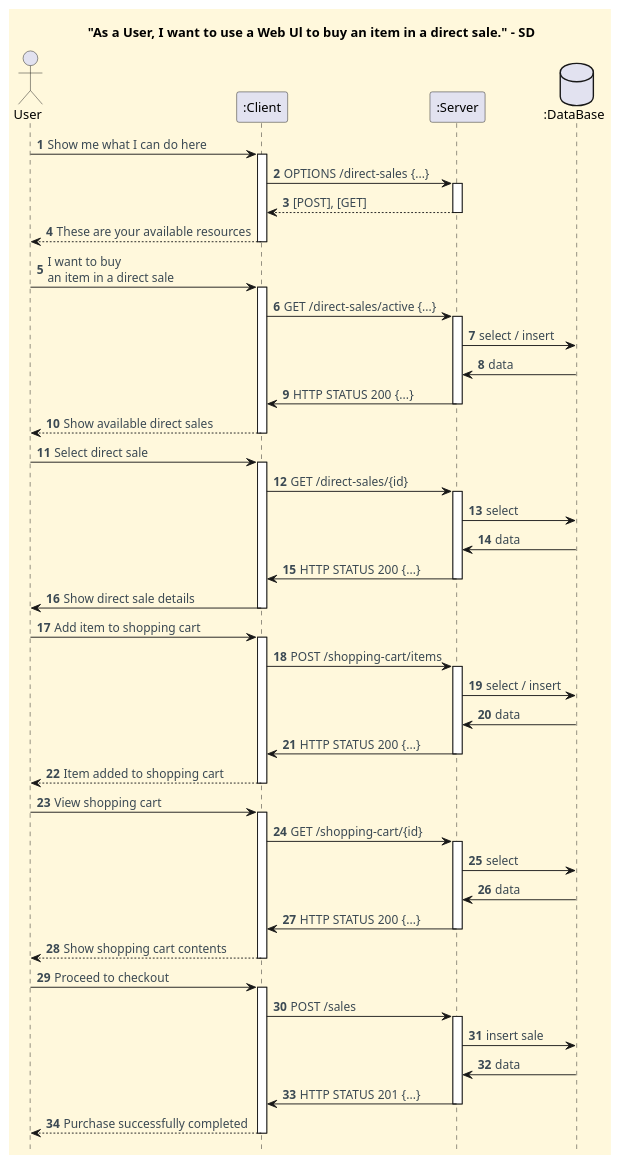
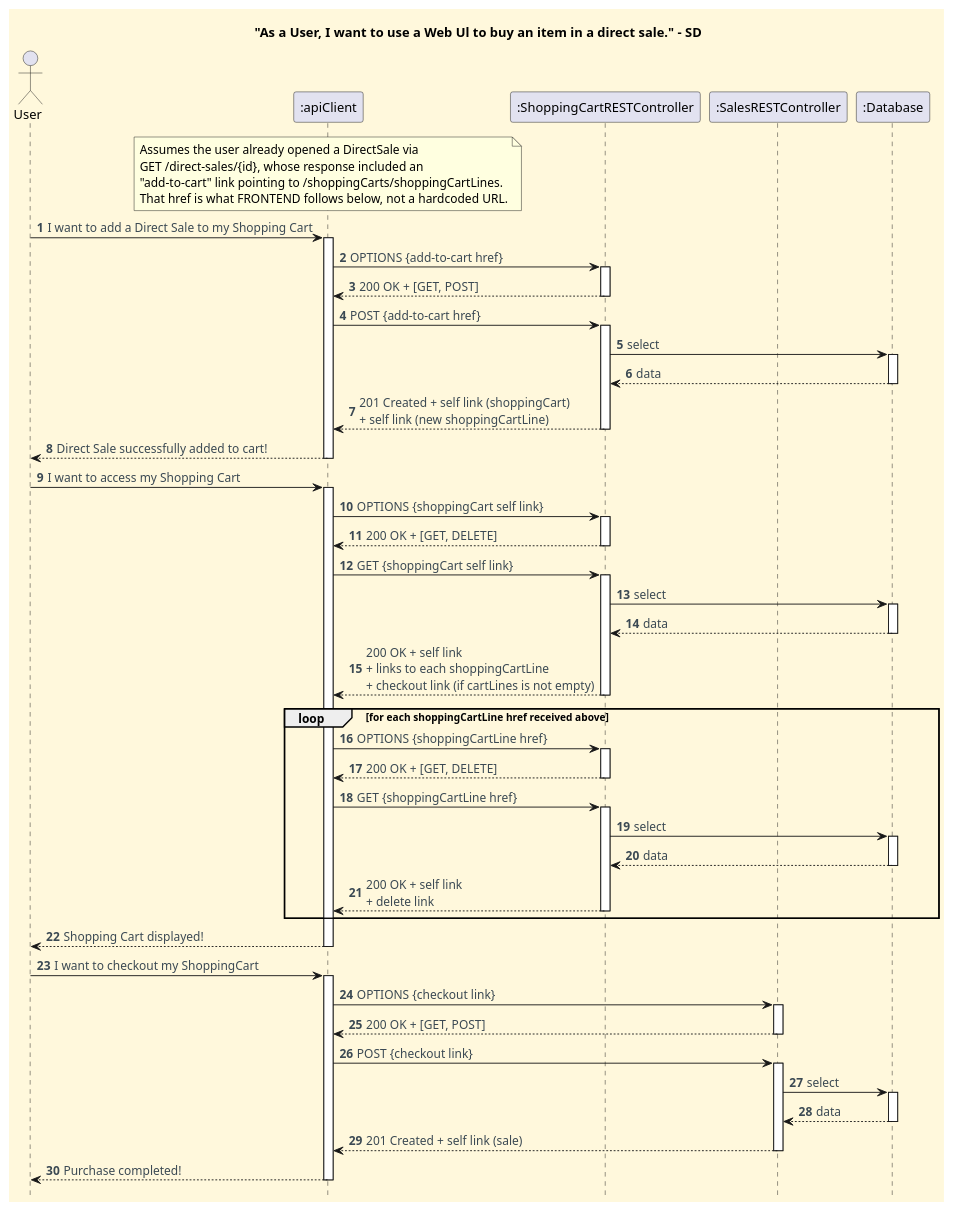
One commit to CarolinaLeite-collab/JavaMarketplacePlatform changed the diagram in docs/client-server-diagrams/buy-item-on-direct-sale/Process_View_SD.puml. Above: the diagram before and after it, drawn with PlantUML.

Commit message:
fix: updated process view level 2 diagram for buy an item on direct sale functionality, refs #1121

```diff
--- a/docs/client-server-diagrams/buy-item-on-direct-sale/Process_View_SD.puml
+++ b/docs/client-server-diagrams/buy-item-on-direct-sale/Process_View_SD.puml
@@ -1,97 +1,123 @@
 @startuml
+
 '==== Title ====
 title "As a User, I want to use a Web Ul to buy an item in a direct sale." - SD
 
 '==== basic style ====
 skinparam monochrome false
 skinparam shadowing false
 skinparam defaultFontName Futura
 skinparam objectFontSize 20
 skinparam backgroundColor CornSilk
 skinparam objectBackgroundColor WhiteSmoke
 skinparam noteBackgroundColor #FFFFE0
 skinparam ArrowFontColor #3B4953
 skinparam ActivationBackgroundColor black
 hidefootbox
 autonumber
 
 ' ==== Actor and participants ====
-actor User
-participant ":Client" as CLI
-participant ":Server" as SER
-database ":DataBase" as DB
+actor User as USER
+participant ":apiClient" as FRONTEND
+participant ":ShoppingCartRESTController" as CTL
+participant ":SalesRESTController" as SALESCTL
+participant ":Database" as DB
 
-User -> CLI : Show me what I can do here
-activate CLI
-CLI -> SER : OPTIONS /direct-sales {...}
-activate SER
-SER --> CLI : [POST], [GET]
-deactivate SER
-CLI --> User : These are your available resources
-deactivate CLI
+note over FRONTEND
+  Assumes the user already opened a DirectSale via
+  GET /direct-sales/{id}, whose response included an
+  "add-to-cart" link pointing to /shoppingCarts/shoppingCartLines.
+  That href is what FRONTEND follows below, not a hardcoded URL.
+end note
 
+USER -> FRONTEND : I want to add a Direct Sale to my Shopping Cart
+activate FRONTEND
 
+FRONTEND -> CTL : OPTIONS {add-to-cart href}
+activate CTL
 
-User -> CLI : I want to buy \nan item in a direct sale
-activate CLI
-CLI -> SER : GET /direct-sales/active {...}
-activate SER
-SER -> DB : select / insert
-DB -> SER : data
-SER -> CLI : HTTP STATUS 200 {...}
-deactivate SER
+CTL --> FRONTEND : 200 OK + [GET, POST]
+deactivate CTL
 
-CLI --> User : Show available direct sales
-deactivate CLI
+FRONTEND -> CTL : POST {add-to-cart href}
+activate CTL
 
-User -> CLI : Select direct sale
-activate CLI
+CTL -> DB : select
+activate DB
+DB --> CTL : data
+deactivate DB
 
-CLI -> SER : GET /direct-sales/{id}
-activate SER
-SER -> DB : select
-DB -> SER : data
-SER -> CLI : HTTP STATUS 200 {...}
-deactivate SER
-CLI -> User : Show direct sale details
-deactivate CLI
+CTL --> FRONTEND : 201 Created + self link (shoppingCart) \n+ self link (new shoppingCartLine)
+deactivate CTL
 
-User -> CLI : Add item to shopping cart
-activate CLI
-CLI -> SER : POST /shopping-cart/items
-activate SER
-SER -> DB : select / insert
+FRONTEND --> USER : Direct Sale successfully added to cart!
+deactivate FRONTEND
 
-DB -> SER : data
+USER -> FRONTEND : I want to access my Shopping Cart
+activate FRONTEND
 
-SER -> CLI : HTTP STATUS 200 {...}
-deactivate SER
+FRONTEND -> CTL : OPTIONS {shoppingCart self link}
+activate CTL
 
-CLI --> User : Item added to shopping cart
-deactivate CLI
+CTL --> FRONTEND : 200 OK + [GET, DELETE]
+deactivate CTL
 
-User -> CLI : View shopping cart
-activate CLI
-CLI -> SER : GET /shopping-cart/{id}
-activate SER
-SER -> DB : select
+FRONTEND -> CTL : GET {shoppingCart self link}
+activate CTL
 
-DB -> SER : data
+CTL -> DB : select
+activate DB
+DB --> CTL : data
+deactivate DB
 
-SER -> CLI : HTTP STATUS 200 {...}
-deactivate SER
-CLI --> User : Show shopping cart contents
-deactivate CLI
-User -> CLI : Proceed to checkout
-activate CLI
-CLI -> SER : POST /sales
-activate SER
-SER -> DB : insert sale
-DB -> SER : data
+CTL --> FRONTEND : 200 OK + self link \n+ links to each shoppingCartLine \n+ checkout link (if cartLines is not empty)
+deactivate CTL
 
-SER -> CLI : HTTP STATUS 201 {...}
-deactivate SER
-CLI --> User : Purchase successfully completed
-deactivate CLI
+loop for each shoppingCartLine href received above
+
+FRONTEND -> CTL : OPTIONS {shoppingCartLine href}
+activate CTL
+
+CTL --> FRONTEND : 200 OK + [GET, DELETE]
+deactivate CTL
+
+FRONTEND -> CTL : GET {shoppingCartLine href}
+activate CTL
+
+CTL -> DB : select
+activate DB
+DB --> CTL : data
+deactivate DB
+
+CTL --> FRONTEND : 200 OK + self link \n+ delete link
+deactivate CTL
+
+end loop
+
+FRONTEND --> USER : Shopping Cart displayed!
+deactivate FRONTEND
+
+USER -> FRONTEND : I want to checkout my ShoppingCart
+activate FRONTEND
+
+FRONTEND -> SALESCTL : OPTIONS {checkout link}
+activate SALESCTL
+
+SALESCTL --> FRONTEND : 200 OK + [GET, POST]
+deactivate SALESCTL
+
+FRONTEND -> SALESCTL : POST {checkout link}
+activate SALESCTL
+
+SALESCTL -> DB : select
+activate DB
+DB --> SALESCTL : data
+deactivate DB
+
+SALESCTL --> FRONTEND : 201 Created + self link (sale)
+deactivate SALESCTL
+
+FRONTEND --> USER : Purchase completed!
+deactivate FRONTEND
 
 @enduml
```
